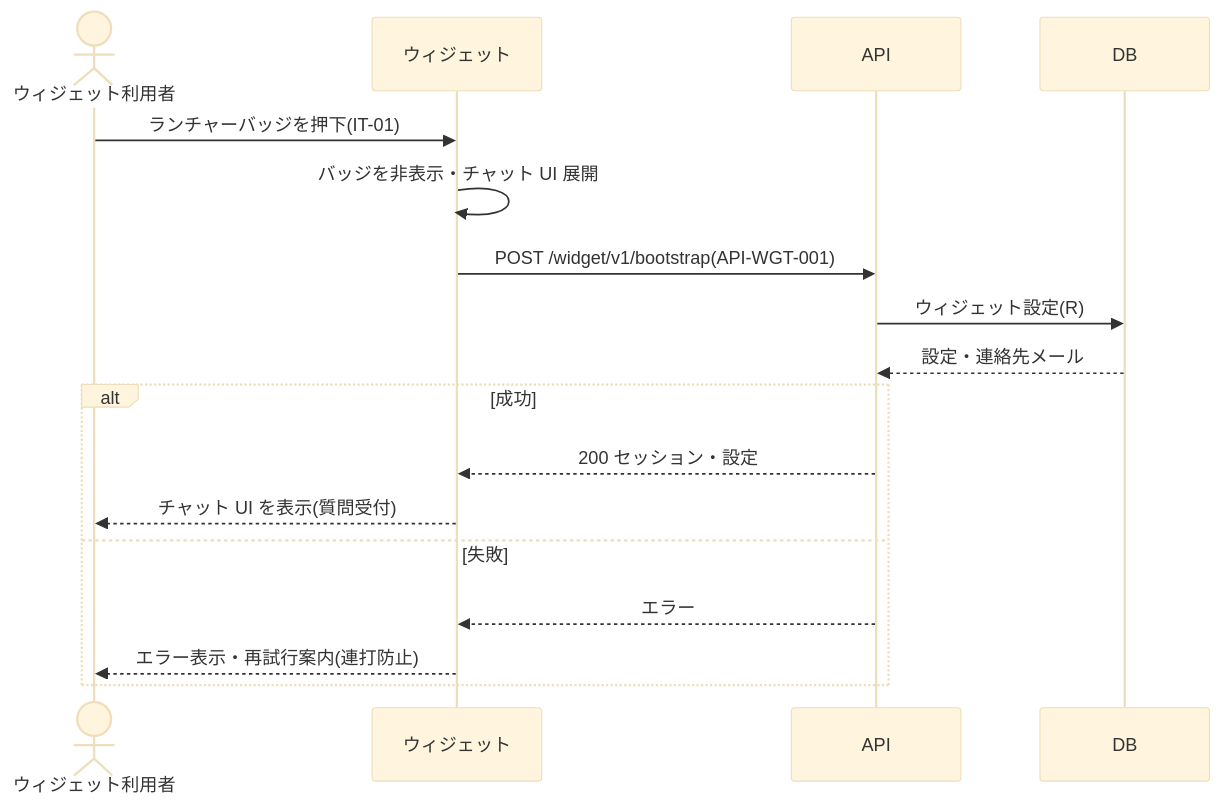
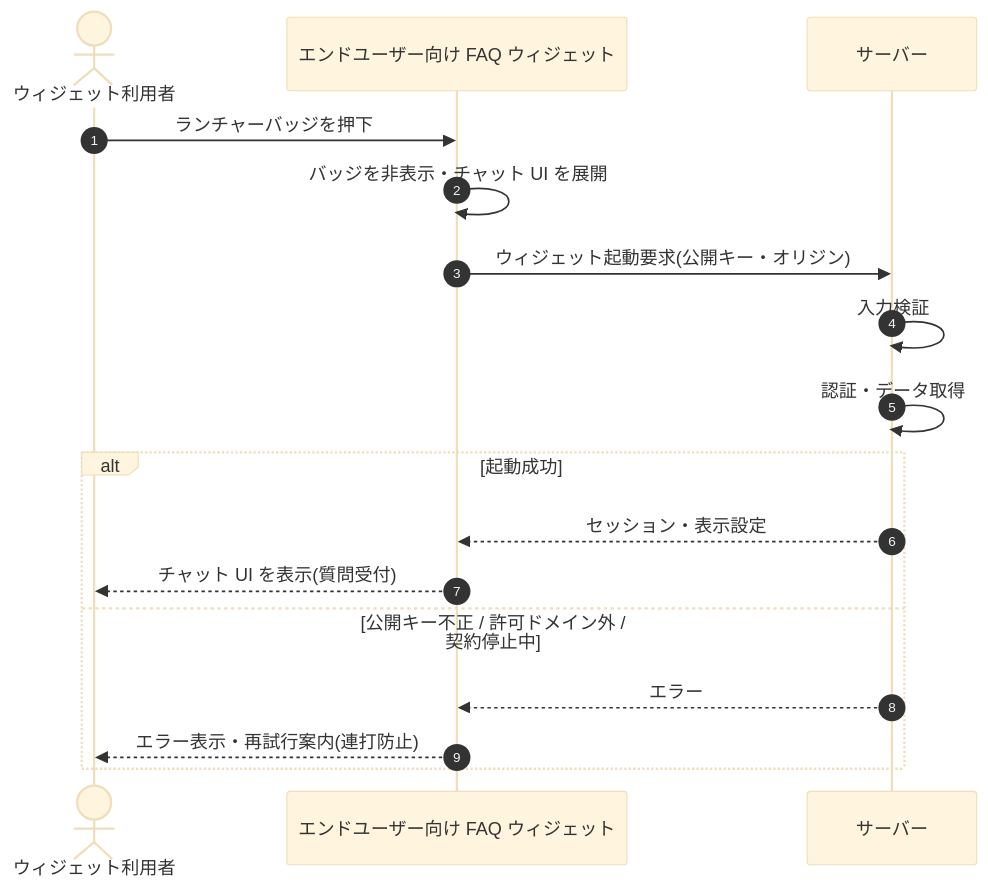
The diagram in 02_basic_design/05_sequences/SEQ-087.md (sikakou54/open-faq), drawn with Mermaid (base theme) before and after one commit. The commit also changed other lines of this file and 108 other files, not shown here.

First line of the commit message:
基本設計: シーケンス図を基本設計粒度(ユーザー/画面/サーバー)へ再編成

````diff
--- a/02_basic_design/05_sequences/SEQ-087.md
+++ b/02_basic_design/05_sequences/SEQ-087.md
@@ -25,19 +32,19 @@
 ```mermaid
 sequenceDiagram
+  autonumber
   actor U as ウィジェット利用者
-  participant W as ウィジェット
-  participant API as API
-  participant DB as DB
-  U->>W: ランチャーバッジを押下(IT-01)
-  W->>W: バッジを非表示・チャット UI 展開
-  W->>API: POST /widget/v1/bootstrap(API-WGT-001)
-  API->>DB: ウィジェット設定(R)
-  DB-->>API: 設定・連絡先メール
-  alt 成功
-    API-->>W: 200 セッション・設定
-    W-->>U: チャット UI を表示(質問受付)
-  else 失敗
-    API-->>W: エラー
-    W-->>U: エラー表示・再試行案内(連打防止)
+  participant Screen as エンドユーザー向け FAQ ウィジェット
+  participant Server as サーバー
+  U->>Screen: ランチャーバッジを押下
+  Screen->>Screen: バッジを非表示・チャット UI を展開
+  Screen->>Server: ウィジェット起動要求(公開キー・オリジン)
+  Server->>Server: 入力検証
+  Server->>Server: 認証・データ取得
+  alt 起動成功
+    Server-->>Screen: セッション・表示設定
+    Screen-->>U: チャット UI を表示(質問受付)
+  else 公開キー不正 / 許可ドメイン外 / 契約停止中
+    Server-->>Screen: エラー
+    Screen-->>U: エラー表示・再試行案内(連打防止)
   end
 ```
````
